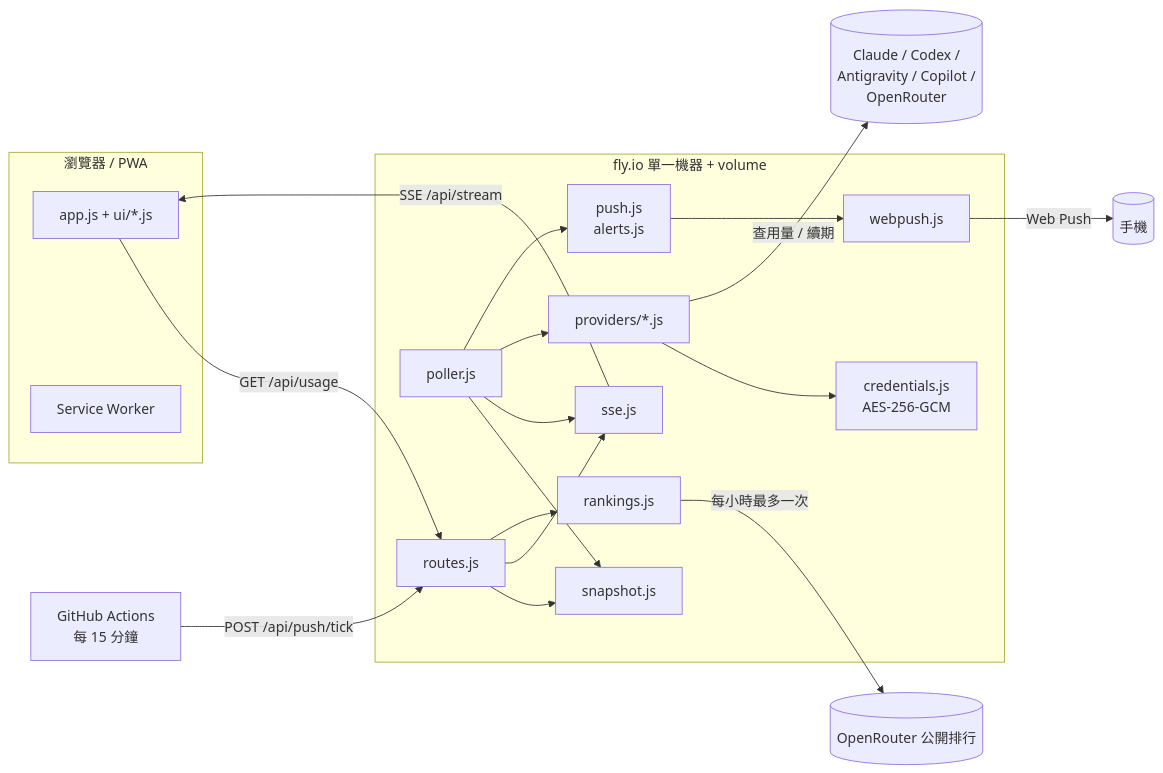
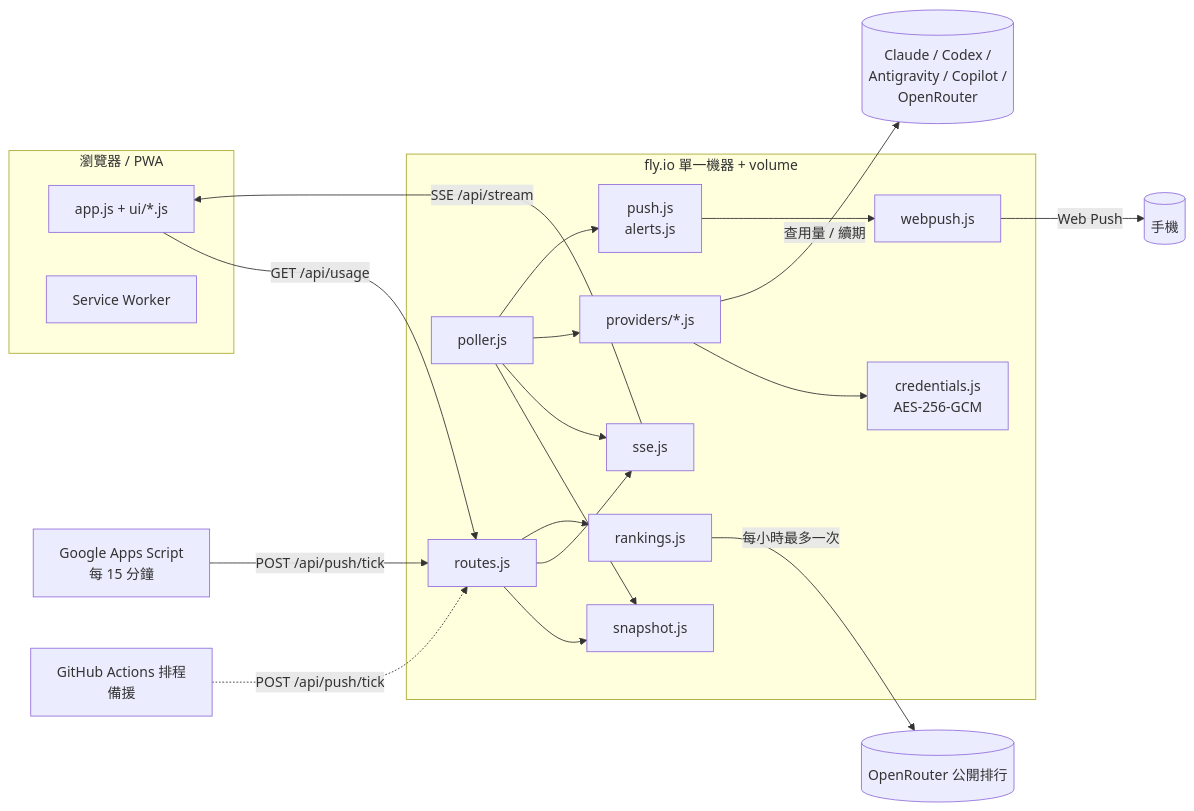
The diagram in docs/TECHNICAL.md (Teng91/ai-usageweb), drawn with Mermaid before and after one commit. The commit also changed other lines of this file and 13 other files, not shown here.

First line of the commit message:
推播改由 Google Apps Script 準時喚醒；第一次造訪不再自動重整；推播密碼不存瀏覽器

````diff
--- a/docs/TECHNICAL.md
+++ b/docs/TECHNICAL.md
@@ -51,24 +51,25 @@
 ```mermaid
 flowchart LR
   subgraph Browser[瀏覽器 / PWA]
     UI[app.js + ui/*.js]
     SW[Service Worker]
   end
   subgraph Fly[fly.io 單一機器 + volume]
     R[routes.js] --> S[snapshot.js]
     R --> H[sse.js]
     P[poller.js] --> S
     P --> H
     P --> AD[providers/*.js]
     AD --> C[credentials.js<br/>AES-256-GCM]
     R --> RK[rankings.js]
     P --> PS[push.js<br/>alerts.js]
     PS --> WP[webpush.js]
   end
-  GH[GitHub Actions<br/>每 15 分鐘] -- POST /api/push/tick --> R
+  GAS[Google Apps Script<br/>每 15 分鐘] -- POST /api/push/tick --> R
+  GH[GitHub Actions 排程<br/>備援] -. POST /api/push/tick .-> R
   WP -- Web Push --> PHONE[(手機)]
   UI -- GET /api/usage --> R
   H -- SSE /api/stream --> UI
   AD -- 查用量 / 續期 --> EXT[(Claude / Codex /<br/>Antigravity / Copilot /<br/>OpenRouter)]
   RK -- 每小時最多一次 --> OR[(OpenRouter 公開排行)]
 ```
````
